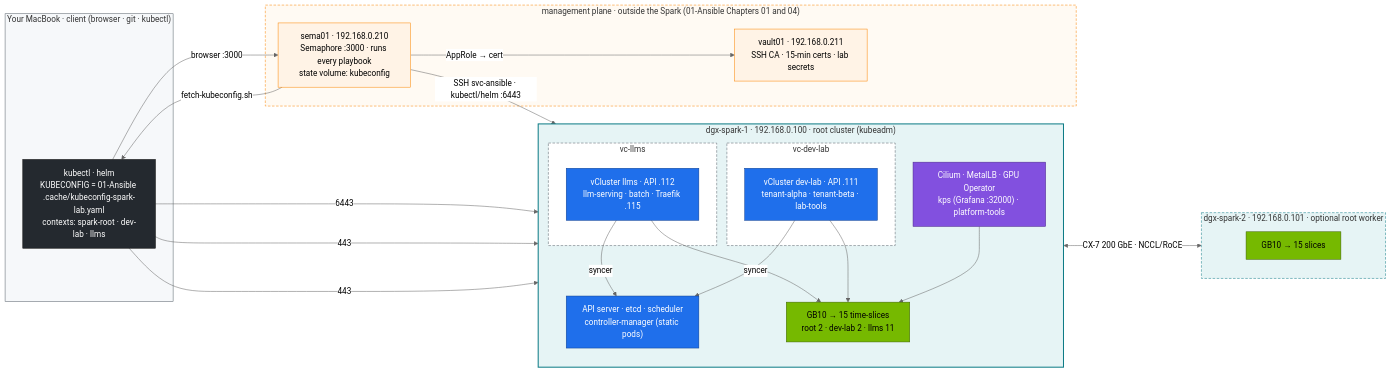
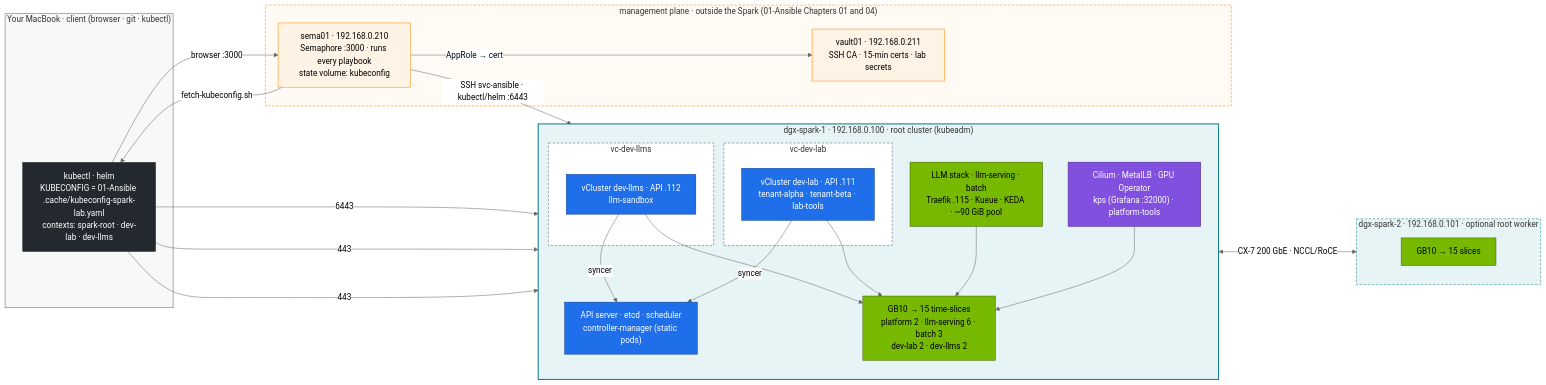
One commit to cloudone365/technical-depth changed the diagram in 02-Kubernetes/lab/README.md. Above: the diagram before and after it, drawn with Mermaid (neutral theme). The commit also changed other lines of this file and 58 other files, not shown here.

First line of the commit message:
Docs: dev-llms sandbox vCluster, LLM stack on the root, shared ~90 GiB pool, headless DGX OS

````diff
--- a/02-Kubernetes/lab/README.md
+++ b/02-Kubernetes/lab/README.md
@@ -65,53 +69,54 @@
 ```mermaid
 flowchart LR
   subgraph CTL["Your MacBook · client (browser · git · kubectl)"]
-    K["kubectl · helm<br/>KUBECONFIG = 01-Ansible .cache/kubeconfig-spark-lab.yaml<br/>contexts: spark-root · dev-lab · llms"]
+    K["kubectl · helm<br/>KUBECONFIG = 01-Ansible .cache/kubeconfig-spark-lab.yaml<br/>contexts: spark-root · dev-lab · dev-llms"]
   end
   subgraph MGMT["management plane · outside the Spark (01-Ansible Chapters 01 and 04)"]
     SEMA["sema01 · 192.168.0.210<br/>Semaphore :3000 · runs every playbook<br/>state volume: kubeconfig"]
     VLT["vault01 · 192.168.0.211<br/>SSH CA · 15-min certs · lab secrets"]
   end
   subgraph S1["dgx-spark-1 · 192.168.0.100 · root cluster (kubeadm)"]
     direction TB
     CP["API server · etcd · scheduler<br/>controller-manager (static pods)"]
     PL["Cilium · MetalLB · GPU Operator<br/>kps (Grafana :32000) · platform-tools"]
+    LLM["LLM stack · llm-serving · batch<br/>Traefik .115 · Kueue · KEDA · ~90 GiB pool"]
     subgraph VD["vc-dev-lab"]
       DV["vCluster dev-lab · API .111<br/>tenant-alpha · tenant-beta · lab-tools"]
     end
-    subgraph VL["vc-llms"]
-      LV["vCluster llms · API .112<br/>llm-serving · batch · Traefik .115"]
+    subgraph VL["vc-dev-llms"]
+      LV["vCluster dev-llms · API .112<br/>llm-sandbox"]
     end
-    GPU["GB10 → 15 time-slices<br/>root 2 · dev-lab 2 · llms 11"]
+    GPU["GB10 → 15 time-slices<br/>platform 2 · llm-serving 6 · batch 3<br/>dev-lab 2 · dev-llms 2"]
   end
   subgraph S2["dgx-spark-2 · 192.168.0.101 · optional root worker"]
     G2["GB10 → 15 slices"]
   end
   K -->|"browser :3000"| SEMA
   SEMA -->|"fetch-kubeconfig.sh"| K
   SEMA -->|"AppRole → cert"| VLT
   SEMA -->|"SSH svc-ansible · kubectl/helm :6443"| S1
   K -->|6443| CP
   K -->|443| DV
   K -->|443| LV
   DV & LV -->|syncer| CP
-  PL --> GPU
+  PL & LLM --> GPU
   DV & LV --> GPU
   S1 <-->|"CX-7 200 GbE · NCCL/RoCE"| S2
   classDef ctrl fill:#1f6feb,stroke:#0b3d91,color:#fff
   classDef gpu fill:#76b900,stroke:#3d6000,color:#000
   classDef net fill:#8250df,stroke:#4c2889,color:#fff
   classDef tenant fill:#eaeef2,stroke:#57606a,color:#000
   classDef ext fill:#24292f,stroke:#000,color:#fff
   class CP,DV,LV ctrl
-  class GPU,G2 gpu
+  class GPU,G2,LLM gpu
   class PL net
   class K ext
   classDef mgmt fill:#fff3e6,stroke:#fb8500,color:#000
   class SEMA,VLT mgmt
   style S1 fill:#e6f4f5,stroke:#0e7c86,stroke-width:2px
   style S2 fill:#e6f4f5,stroke:#0e7c86,stroke-dasharray:5 3
   style CTL fill:#f6f8fa,stroke:#57606a
   style MGMT fill:#fffaf3,stroke:#fb8500,stroke-dasharray:5 3
   style VD fill:#ffffff,stroke:#57606a,stroke-dasharray:5 3
   style VL fill:#ffffff,stroke:#57606a,stroke-dasharray:5 3
 ```
````
